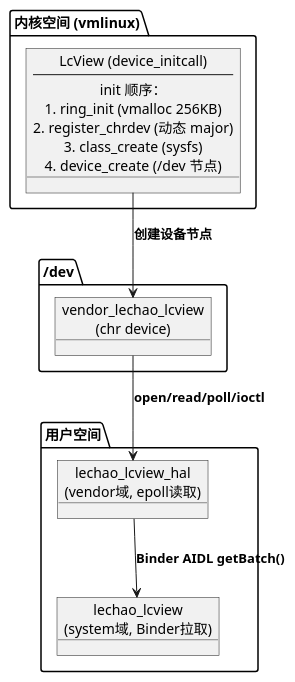
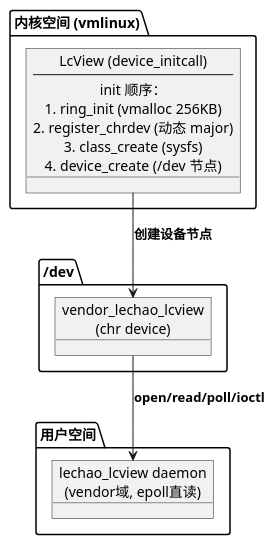
The ninth of 16 diagrams in docs/01-打点增强/01.01-内核态增强-lcview-kernel.md (lechao365/AndroidSystemEnhance), drawn with PlantUML before and after one commit. The commit also changed other lines of this file and 199 other files, not shown here.

````diff
--- a/docs/01-打点增强/01.01-内核态增强-lcview-kernel.md
+++ b/docs/01-打点增强/01.01-内核态增强-lcview-kernel.md
@@ -424,20 +433,18 @@
 ```plantuml
 @startuml
 package "内核空间 (vmlinux)" as kernel {
     object "LcView (device_initcall)\n----\ninit 顺序：\n1. ring_init (vmalloc 256KB)\n2. register_chrdev (动态 major)\n3. class_create (sysfs)\n4. device_create (/dev 节点)" as LCVIEW
 }
 
 package "/dev" as dev {
     object "vendor_lechao_lcview\n(chr device)" as CHRDEV
 }
 
 package "用户空间" as userspace {
-    object "lechao_lcview_hal\n(vendor域, epoll读取)" as HAL
-    object "lechao_lcview\n(system域, Binder拉取)" as DAEMON
+    object "lechao_lcview daemon\n(vendor域, epoll直读)" as DAEMON
 }
 
 LCVIEW --> CHRDEV : **创建设备节点**
-CHRDEV --> HAL : **open/read/poll/ioctl**
-HAL --> DAEMON : **Binder AIDL getBatch()**
+CHRDEV --> DAEMON : **open/read/poll/ioctl**
 @enduml
 ```
````
